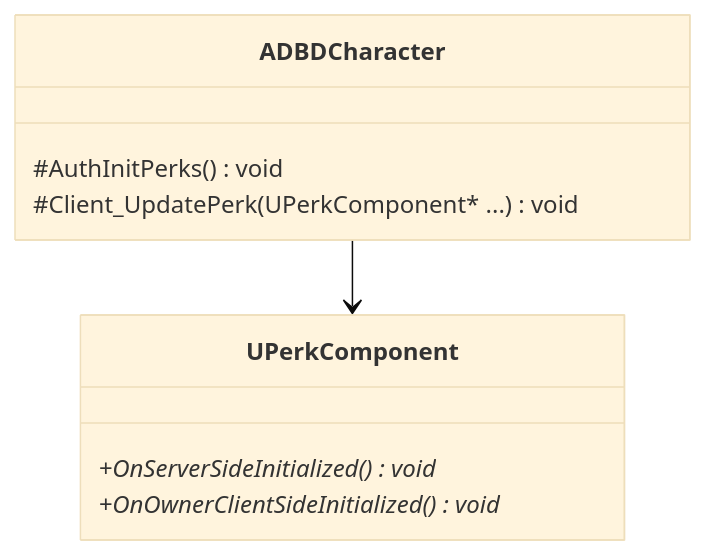
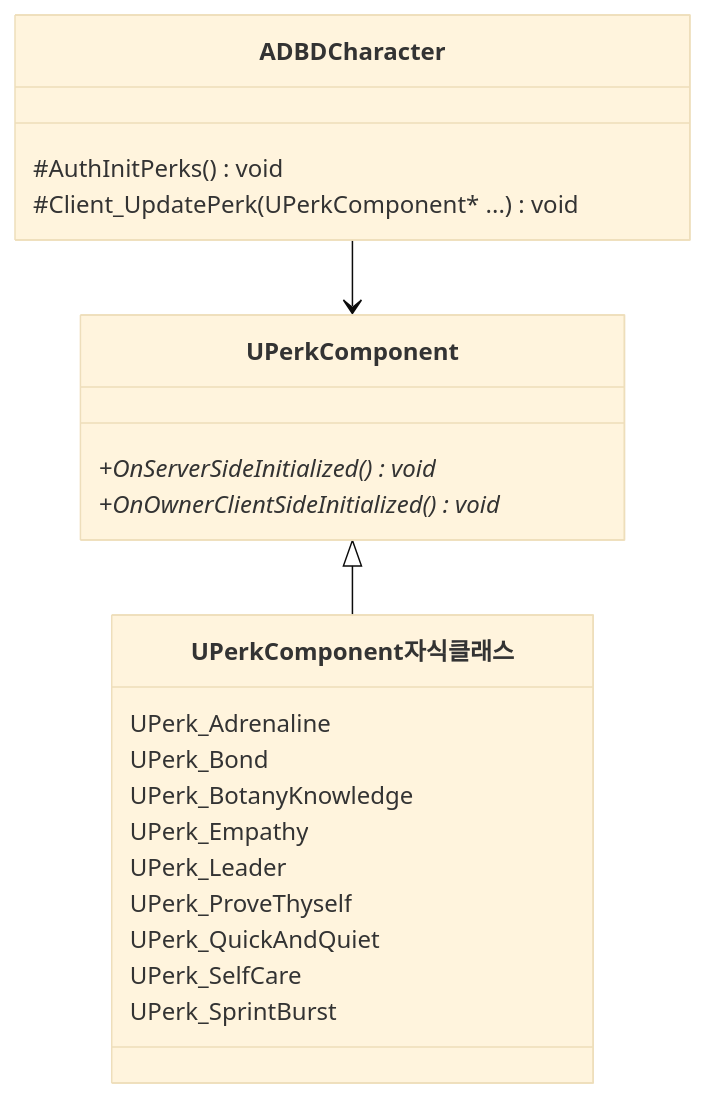
Before and after one commit to jms3230/DBDProject: the seventh of 7 diagrams in README.md, drawn with Mermaid (base theme). The commit also changed other lines of this file, not shown here.

Commit message:
docs: edit diagram

````diff
--- a/README.md
+++ b/README.md
@@ -259,16 +262,28 @@
     ```mermaid
     classDiagram
     direction TB
     class ADBDCharacter {
 	    #AuthInitPerks() void
 	    #Client_UpdatePerk(UPerkComponent* ...) void
     }
 
     class UPerkComponent {
 	    +OnServerSideInitialized() void*
 	    +OnOwnerClientSideInitialized() void*
     }
 
+    class UPerkComponent자식클래스{
+        UPerk_Adrenaline
+        UPerk_Bond
+        UPerk_BotanyKnowledge
+        UPerk_Empathy
+        UPerk_Leader
+        UPerk_ProveThyself
+        UPerk_QuickAndQuiet
+        UPerk_SelfCare
+        UPerk_SprintBurst
+    }
 
     ADBDCharacter --> UPerkComponent
+    UPerkComponent <|-- UPerkComponent자식클래스
     ```
````
